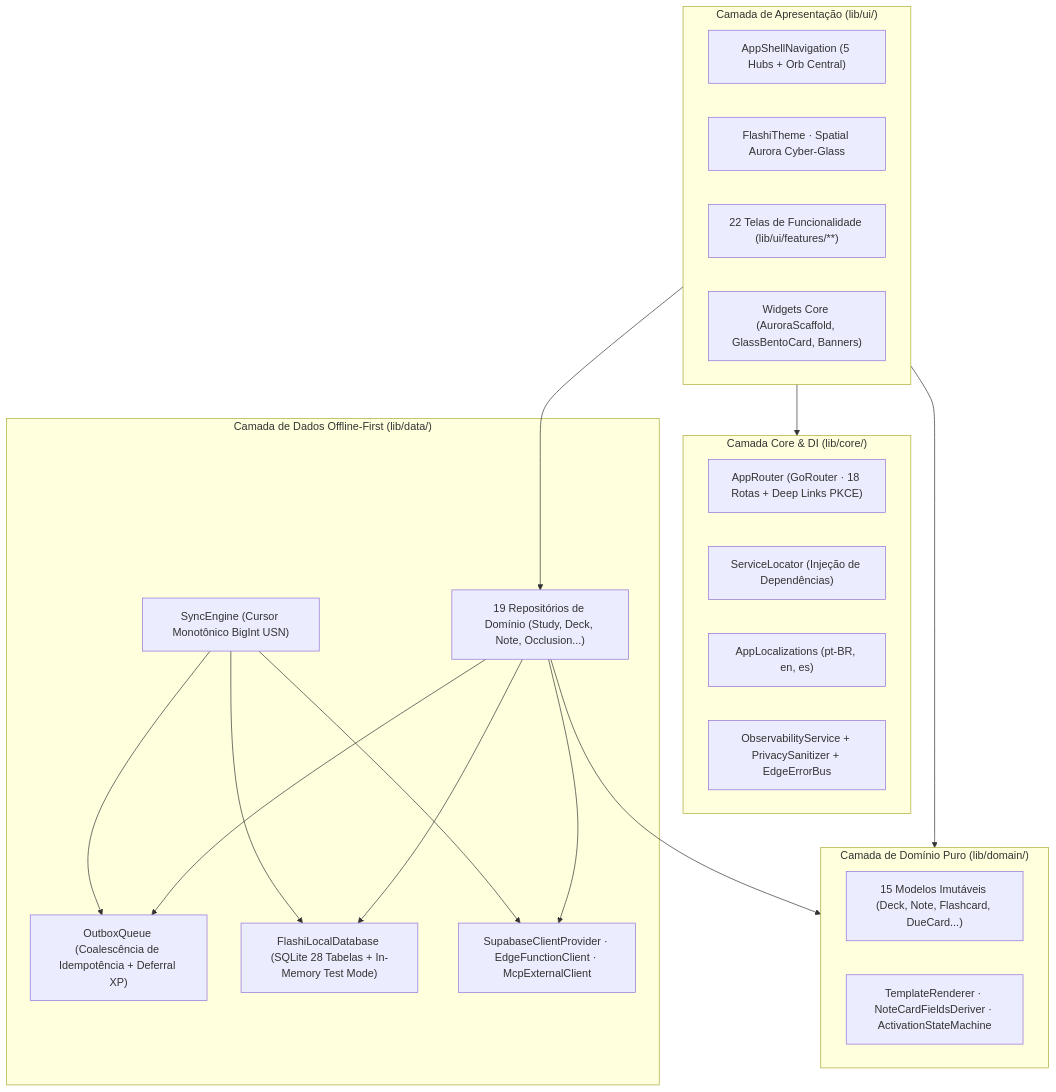
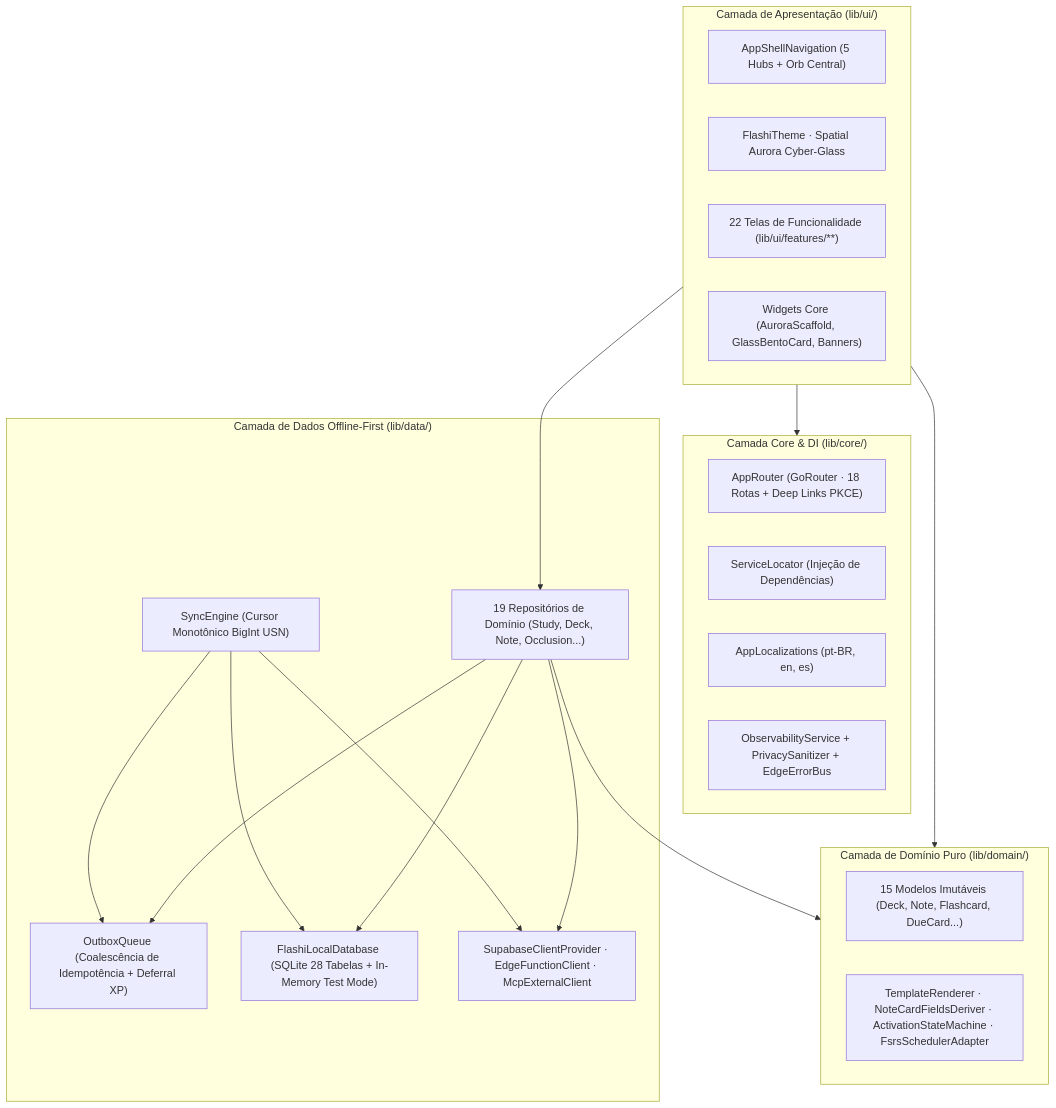
One commit to barrosrafa/flashicards-flutter changed the diagram in docs/01_ARCHITECTURE_AND_DOMAIN_MODEL.md. Above: the diagram before and after it, drawn with Mermaid. The commit also changed other lines of this file and 54 other files, not shown here.

````diff
--- a/docs/01_ARCHITECTURE_AND_DOMAIN_MODEL.md
+++ b/docs/01_ARCHITECTURE_AND_DOMAIN_MODEL.md
@@ -11,40 +11,40 @@
 ```mermaid
 flowchart TB
     subgraph UI["Camada de Apresentação (lib/ui/)"]
         Shell["AppShellNavigation (5 Hubs + Orb Central)"]
         Theme["FlashiTheme · Spatial Aurora Cyber-Glass"]
         Screens["22 Telas de Funcionalidade (lib/ui/features/**)"]
         Widgets["Widgets Core (AuroraScaffold, GlassBentoCard, Banners)"]
     end
 
     subgraph Core["Camada Core & DI (lib/core/)"]
         Router["AppRouter (GoRouter · 18 Rotas + Deep Links PKCE)"]
         DI["ServiceLocator (Injeção de Dependências)"]
         L10n["AppLocalizations (pt-BR, en, es)"]
         Obs["ObservabilityService + PrivacySanitizer + EdgeErrorBus"]
     end
 
     subgraph Domain["Camada de Domínio Puro (lib/domain/)"]
         Models["15 Modelos Imutáveis (Deck, Note, Flashcard, DueCard...)"]
-        Services["TemplateRenderer · NoteCardFieldsDeriver · ActivationStateMachine"]
+        Services["TemplateRenderer · NoteCardFieldsDeriver · ActivationStateMachine · FsrsSchedulerAdapter"]
     end
 
     subgraph Data["Camada de Dados Offline-First (lib/data/)"]
         Repos["19 Repositórios de Domínio (Study, Deck, Note, Occlusion...)"]
         Sync["SyncEngine (Cursor Monotônico BigInt USN)"]
         Outbox["OutboxQueue (Coalescência de Idempotência + Deferral XP)"]
         LocalDB["FlashiLocalDatabase (SQLite 28 Tabelas + In-Memory Test Mode)"]
         Remote["SupabaseClientProvider · EdgeFunctionClient · McpExternalClient"]
     end
 
     UI --> Core
     UI --> Domain
     UI --> Repos
     Repos --> Domain
     Repos --> LocalDB
     Repos --> Outbox
     Repos --> Remote
     Sync --> Outbox
     Sync --> LocalDB
     Sync --> Remote
 ```
````
